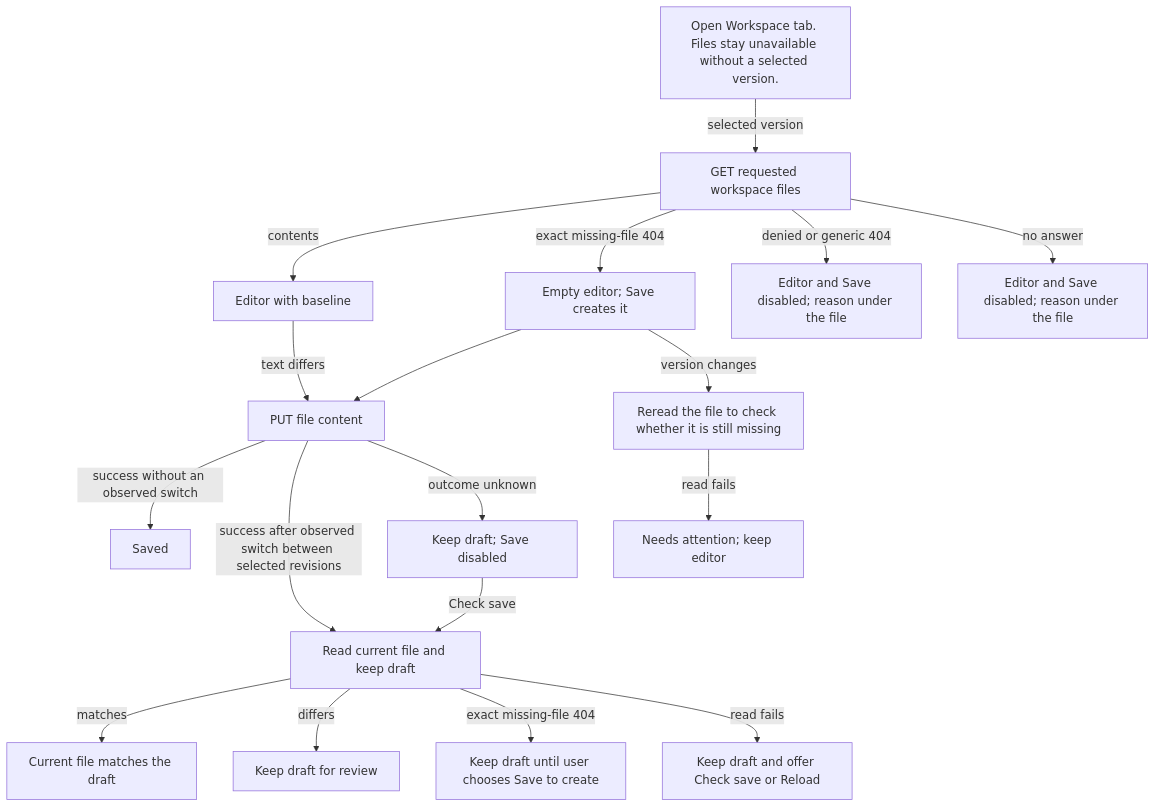
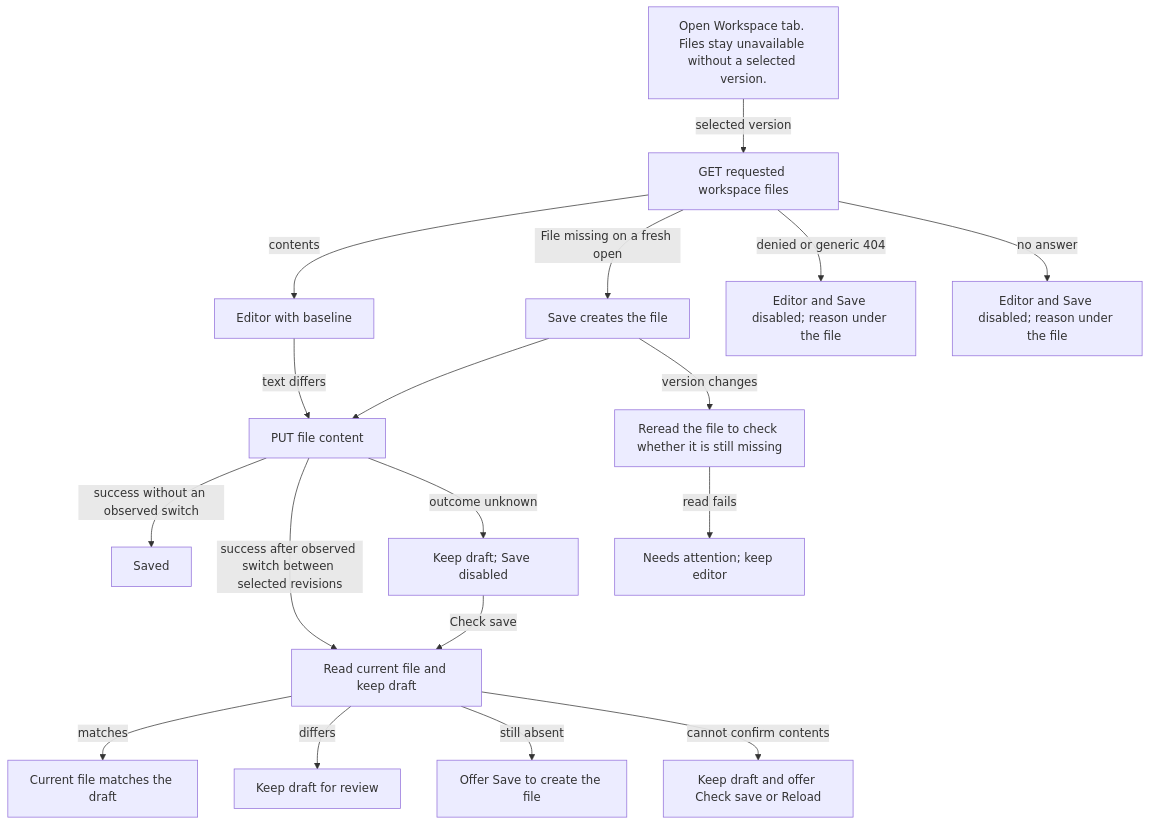
Before and after one commit to openclaw/openclaw-enterprise: the diagram in docs/flows/platform-console/agent-workspace-files.md, drawn with Mermaid. The commit also changed other lines of this file and 3 other files, not shown here.

Commit message:
Keep a workspace draft when a save check cannot find the file

````diff
--- a/docs/flows/platform-console/agent-workspace-files.md
+++ b/docs/flows/platform-console/agent-workspace-files.md
@@ -23,21 +27,21 @@
 ```mermaid
 graph TD
   A["Open Workspace tab. Files stay unavailable without a selected version."]
   A -->|selected version| R["GET requested workspace files"]
   R -->|contents| E["Editor with baseline"]
-  R -->|exact missing-file 404| M["Empty editor; Save creates it"]
+  R -->|File missing on a fresh open| M["Save creates the file"]
   R -->|denied or generic 404| D["Editor and Save disabled; reason under the file"]
   R -->|no answer| N["Editor and Save disabled; reason under the file"]
   E -->|text differs| S["PUT file content"]
   M --> S
   M -->|version changes| V["Reread the file to check whether it is still missing"]
   V -->|read fails| F["Needs attention; keep editor"]
   S -->|success without an observed switch| T["Saved"]
   S -->|success after observed switch between selected revisions| C["Read current file and keep draft"]
   S -->|outcome unknown| L["Keep draft; Save disabled"]
   L -->|Check save| C
   C -->|matches| Y["Current file matches the draft"]
   C -->|differs| B["Keep draft for review"]
-  C -->|exact missing-file 404| K["Keep draft until user chooses Save to create"]
-  C -->|read fails| Q["Keep draft and offer Check save or Reload"]
+  C -->|still absent| K["Offer Save to create the file"]
+  C -->|cannot confirm contents| Q["Keep draft and offer Check save or Reload"]
 ```
````
